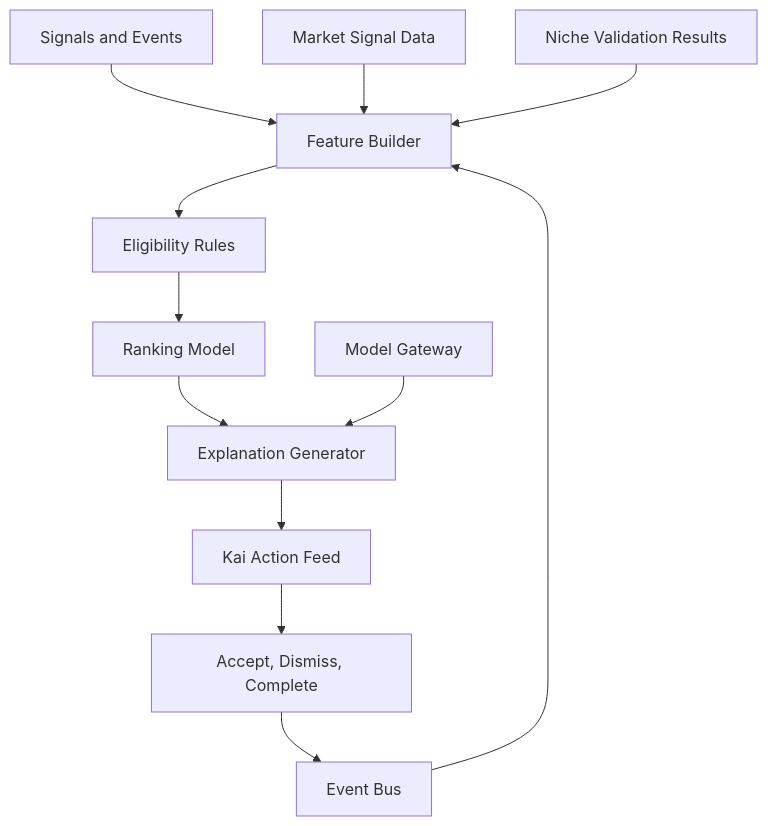
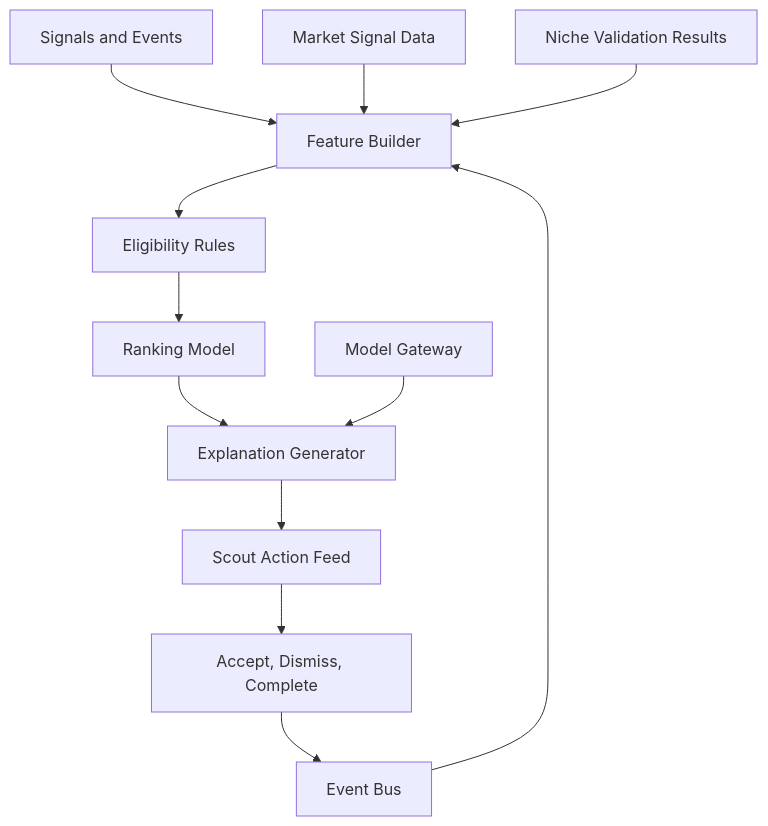
Before and after one commit to Mirzzie/Fadi: the diagram in docs/RECOMMENDATION_ENGINE.md, drawn with Mermaid. The commit also changed other lines of this file and 142 other files, not shown here.

First line of the commit message:
feat!: rename Kai → Scout — the agent that finds what's ahead of you

````diff
--- a/docs/RECOMMENDATION_ENGINE.md
+++ b/docs/RECOMMENDATION_ENGINE.md
@@ -25,14 +25,14 @@
 ```mermaid
 flowchart TD
     Signals[Signals and Events] --> Features[Feature Builder]
     MarketData[Market Signal Data] --> Features
     NicheValidation[Niche Validation Results] --> Features
     Features --> Rules[Eligibility Rules]
     Rules --> Ranker[Ranking Model]
     Ranker --> Explainer[Explanation Generator]
     Gateway[Model Gateway] --> Explainer
-    Explainer --> Feed[Kai Action Feed]
+    Explainer --> Feed[Scout Action Feed]
     Feed --> Feedback[Accept, Dismiss, Complete]
     Feedback --> Events[Event Bus]
     Events --> Features
 ```
````
